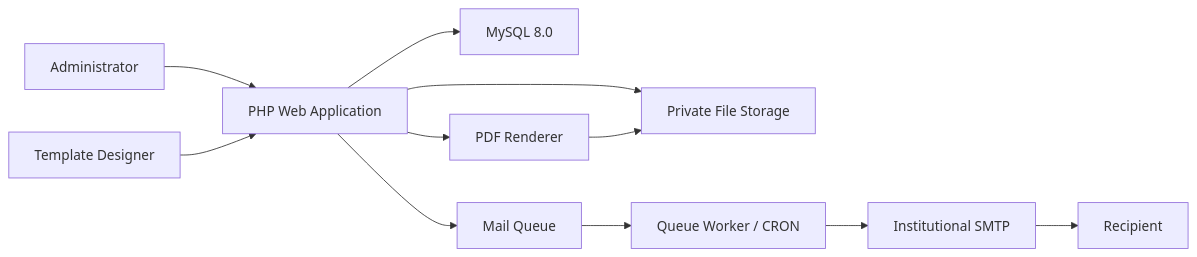
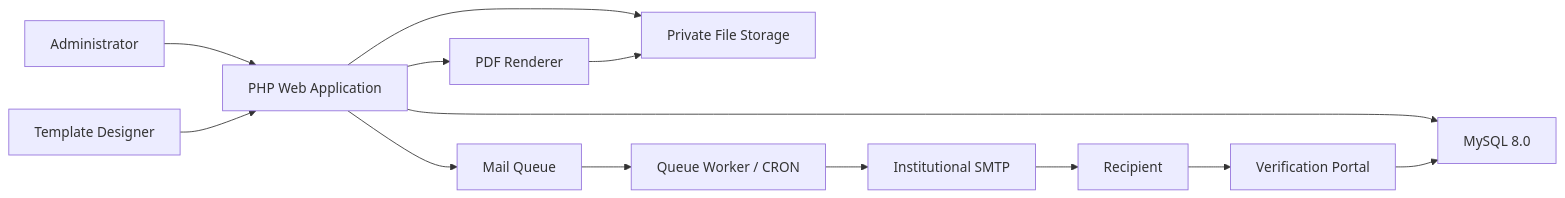
Before and after one commit to musaabhasan/multilingual-certificate-issuer: the diagram in docs/architecture.md, drawn with Mermaid. The commit also changed other lines of this file and 20 other files, not shown here.

````diff
--- a/docs/architecture.md
+++ b/docs/architecture.md
@@ -12,13 +13,15 @@
 ```mermaid
 flowchart LR
     Admin["Administrator"] --> Web["PHP Web Application"]
     Designer["Template Designer"] --> Web
     Web --> MySQL["MySQL 8.0"]
     Web --> Storage["Private File Storage"]
     Web --> Renderer["PDF Renderer"]
     Renderer --> Storage
     Web --> Queue["Mail Queue"]
     Queue --> Worker["Queue Worker / CRON"]
     Worker --> SMTP["Institutional SMTP"]
     SMTP --> Recipient["Recipient"]
+    Recipient --> Verify["Verification Portal"]
+    Verify --> MySQL
 ```
````
